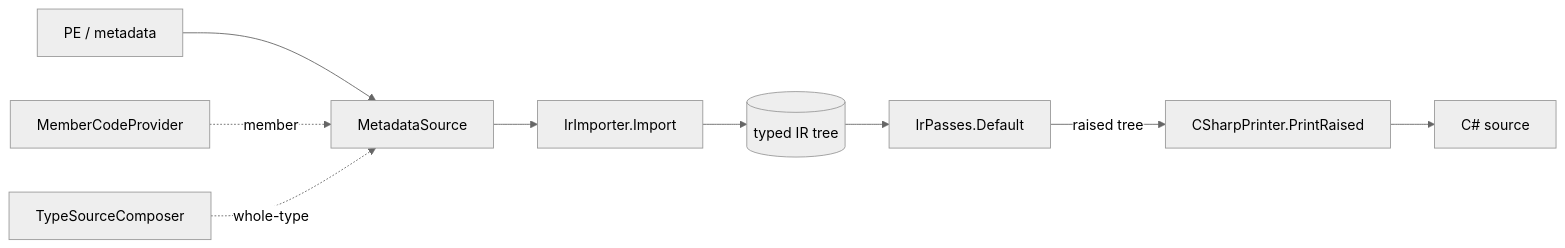
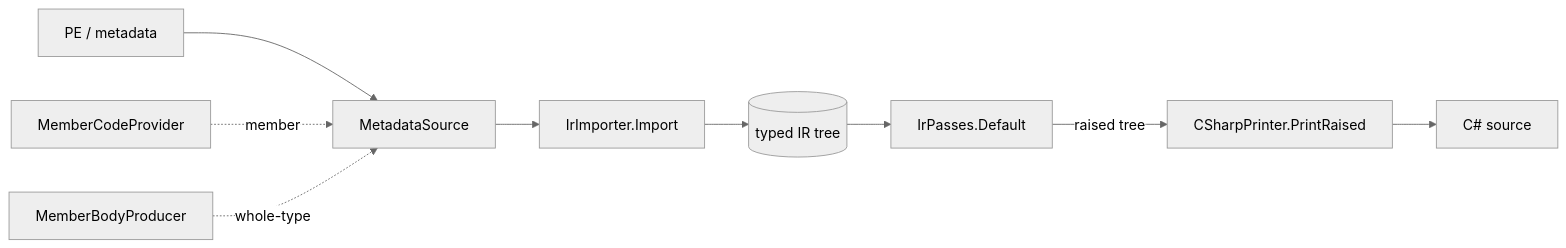
One commit to richlander/dotnet-inspect changed the diagram in docs/decompiler.md. Above: the diagram before and after it, drawn with Mermaid (neutral theme). The commit also changed other lines of this file and 20 other files, not shown here.

First line of the commit message:
refactor(decompiler): rename TypeSourceComposer -> MemberBodyProducer

````diff
--- a/docs/decompiler.md
+++ b/docs/decompiler.md
@@ -41,12 +41,12 @@
 ```mermaid
 flowchart LR
     PE[PE / metadata] --> MS[MetadataSource]
     MS --> IM[IrImporter.Import]
     IM --> IR[(typed IR tree)]
     IR --> PASS[IrPasses.Default]
     PASS -->|raised tree| PR[CSharpPrinter.PrintRaised]
     PR --> CS[C# source]
 
     MCP[MemberCodeProvider] -.->|member| MS
-    TSC[TypeSourceComposer] -.->|whole-type| MS
+    TSC[MemberBodyProducer] -.->|whole-type| MS
 ```
````
